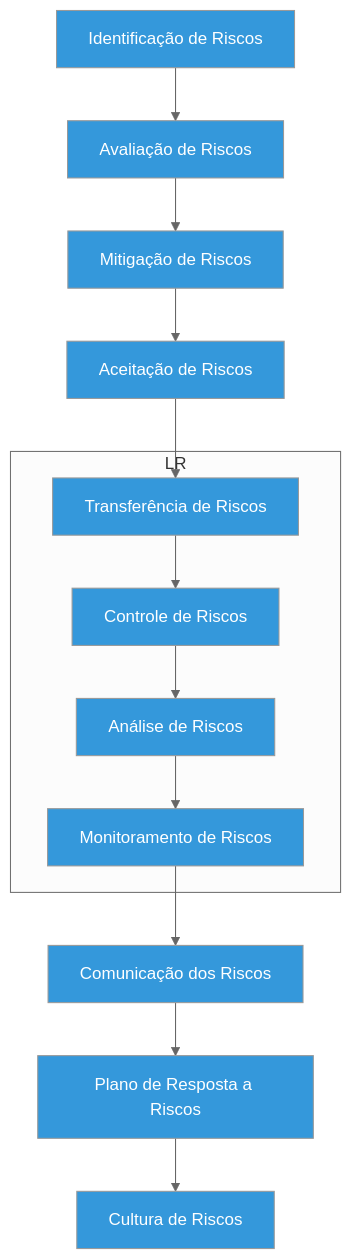
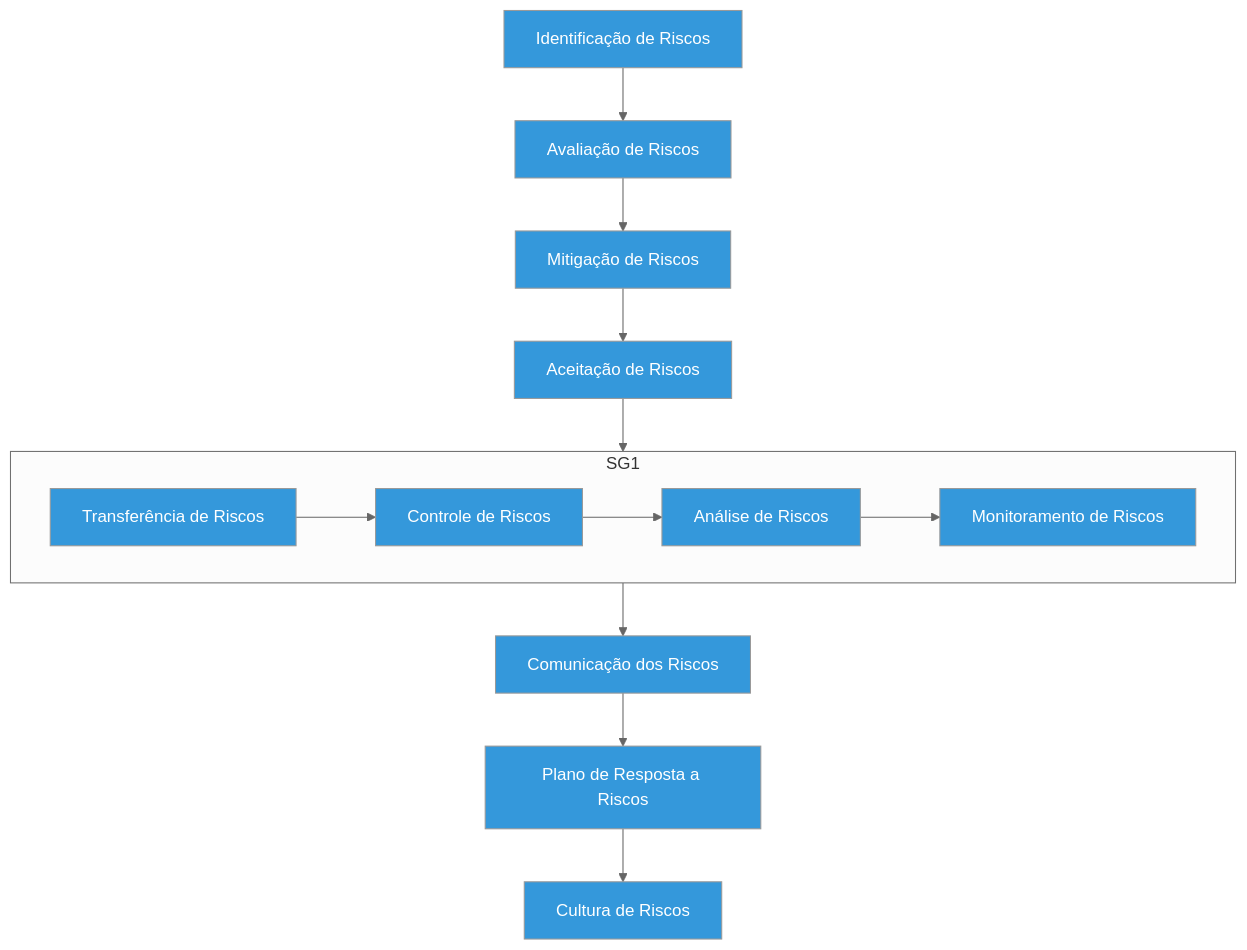
One commit to mehranmisaghi/cybersecurity changed the third of 3 diagrams in Risks/griscos.md. Above: the diagram before and after it, drawn with Mermaid (neutral theme).

````diff
--- a/Risks/griscos.md
+++ b/Risks/griscos.md
@@ -112,18 +112,19 @@
 ```mermaid
 flowchart TD
     A[Identificação de  Riscos] --> B[Avaliação de Riscos]
     B --> C[Mitigação de Riscos]
     C --> D[Aceitação de Riscos]
     D --> E[Transferência de Riscos]
-    subgraph LR
+    subgraph SG1
+    direction LR
         E --> F[Controle de Riscos]
         F --> G[Análise de Riscos]
         G --> H[Monitoramento de Riscos]
     end
     H --> I[Comunicação dos Riscos]
     I --> J[Plano de Resposta a Riscos]
     J --> K[Cultura de Riscos]
 
 classDef etapa fill:#3498db,color:#fff
 class A,B,C,D,E,F,G,H,I,J,K etapa
 ```
````
